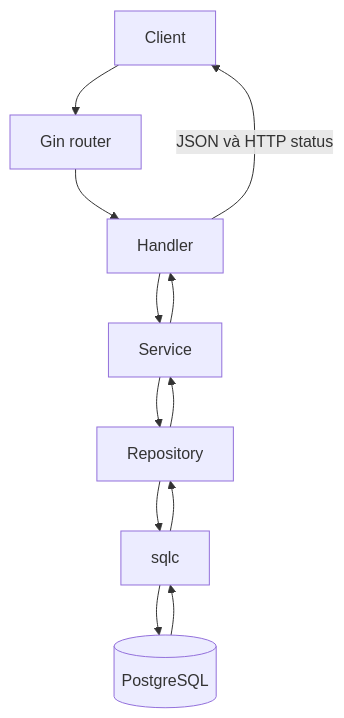
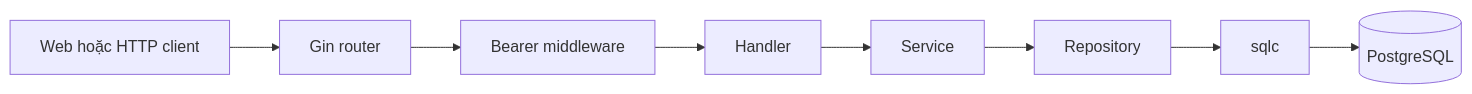
Before and after one commit to daoquocdai/chat-api: the diagram in docs/request-flow.md, drawn with Mermaid. The commit also changed other lines of this file and 34 other files, not shown here.

````diff
--- a/docs/request-flow.md
+++ b/docs/request-flow.md
@@ -14,15 +12,10 @@
 ```mermaid
-flowchart TD
-    C[Client] --> R[Gin router]
-    R --> H[Handler]
+flowchart LR
+    C[Web hoặc HTTP client] --> R[Gin router]
+    R --> M[Bearer middleware]
+    M --> H[Handler]
     H --> S[Service]
     S --> P[Repository]
     P --> Q[sqlc]
     Q --> DB[(PostgreSQL)]
-
-    DB --> Q
-    Q --> P
-    P --> S
-    S --> H
-    H -->|JSON và HTTP status| C
 ```
````
